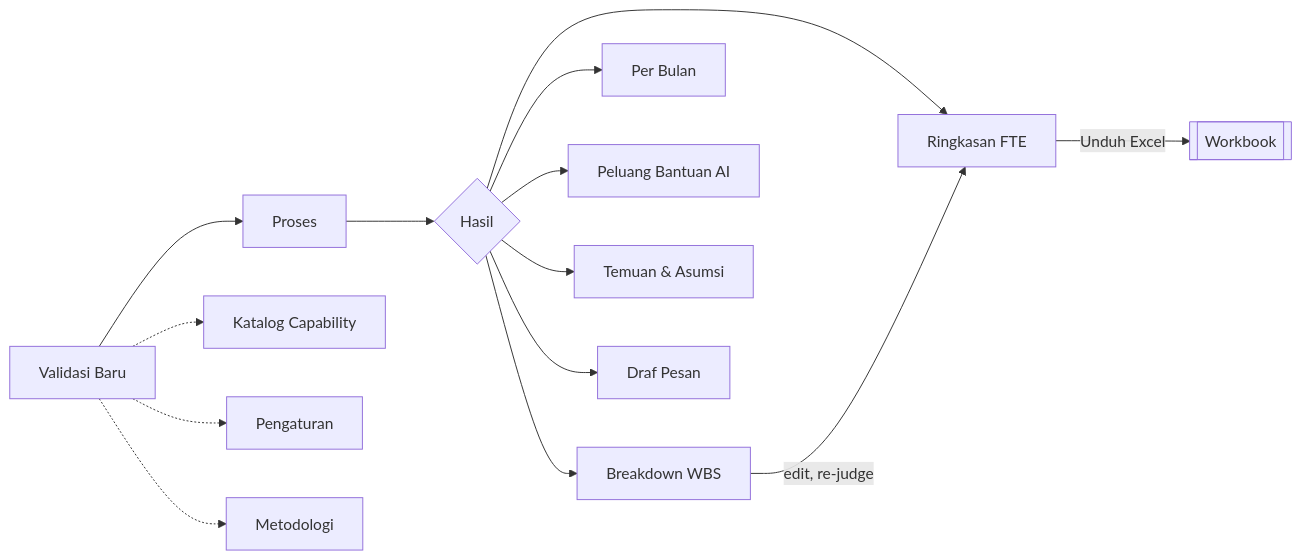
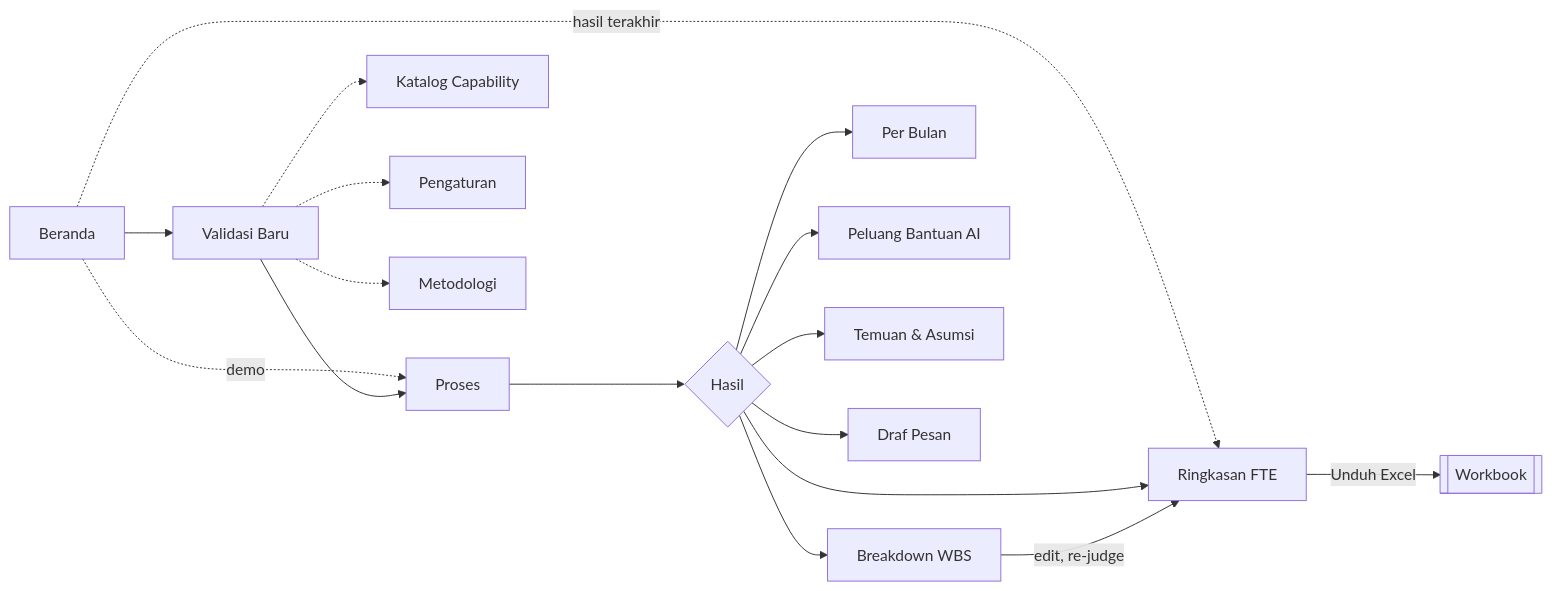
The diagram in docs/03-design/user-interface.md (adryanra97/talent-estimation-agent), drawn with Mermaid before and after one commit. The commit also changed other lines of this file and 6 other files, not shown here.

````diff
--- a/docs/03-design/user-interface.md
+++ b/docs/03-design/user-interface.md
@@ -5,16 +5,19 @@
 ```mermaid
 flowchart LR
-    V[Validasi Baru] --> P[Proses]
+    B[Beranda] --> V[Validasi Baru]
+    B -.->|demo| P
+    B -.->|hasil terakhir| H1
+    V --> P[Proses]
     P --> H{Hasil}
     H --> H1[Ringkasan FTE]
     H --> H2[Breakdown WBS]
     H --> H3[Per Bulan]
     H --> H4[Peluang Bantuan AI]
     H --> H5[Temuan & Asumsi]
     H --> H6[Draf Pesan]
     V -.-> K[Katalog Capability]
     V -.-> S[Pengaturan]
     V -.-> M[Metodologi]
     H2 -->|edit, re-judge| H1
     H1 -->|Unduh Excel| X[[Workbook]]
 ```
````
